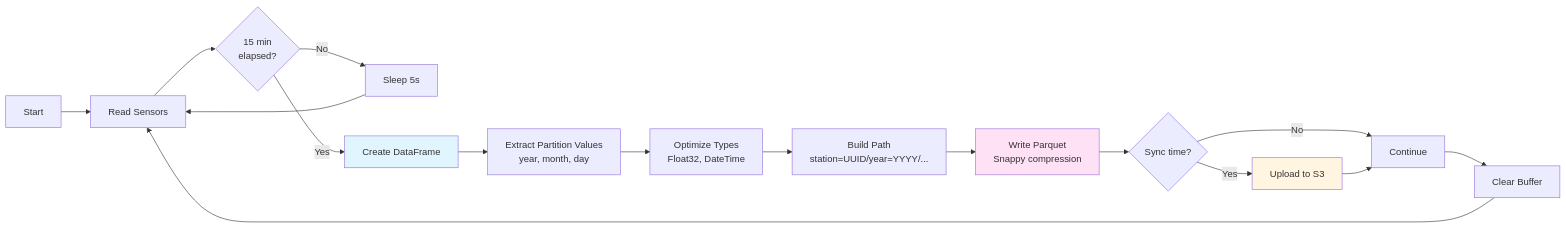
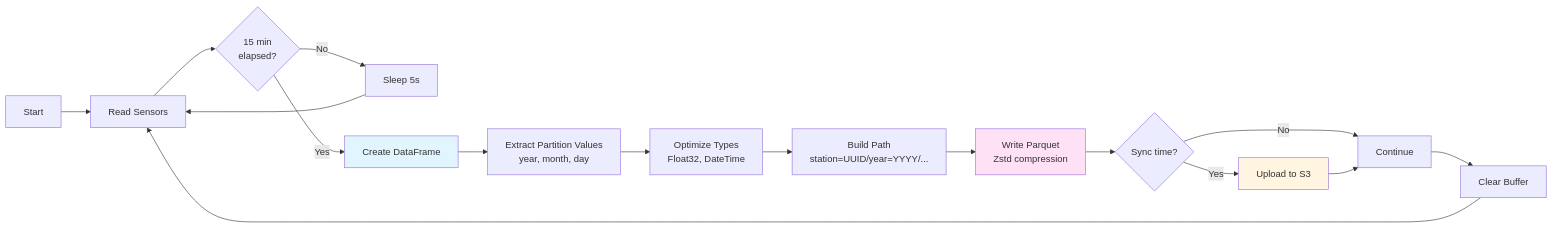
Before and after one commit to walkthru-earth/opensensor-enviroplus: the fourth of 8 diagrams in ARCHITECTURE.md, drawn with Mermaid. The commit also changed other lines of this file and 6 other files, not shown here.

Commit message:
feat: Default Parquet compression to Zstd, enable PyArrow writer, and update package version.

````diff
--- a/ARCHITECTURE.md
+++ b/ARCHITECTURE.md
@@ -176,22 +176,22 @@
 ```mermaid
 flowchart LR
     A[Start] --> B[Read Sensors]
     B --> C{15 min<br/>elapsed?}
     C -->|No| D[Sleep 5s]
     D --> B
     C -->|Yes| E[Create DataFrame]
     E --> F[Extract Partition Values<br/>year, month, day]
     F --> G[Optimize Types<br/>Float32, DateTime]
     G --> H[Build Path<br/>station=UUID/year=YYYY/...]
-    H --> I[Write Parquet<br/>Snappy compression]
+    H --> I[Write Parquet<br/>Zstd compression]
     I --> J{Sync time?}
     J -->|Yes| K[Upload to S3]
     J -->|No| L[Continue]
     K --> L
     L --> M[Clear Buffer]
     M --> B
 
     style E fill:#e1f5ff
     style I fill:#ffe1f5
     style K fill:#fff5e1
 ```
````
